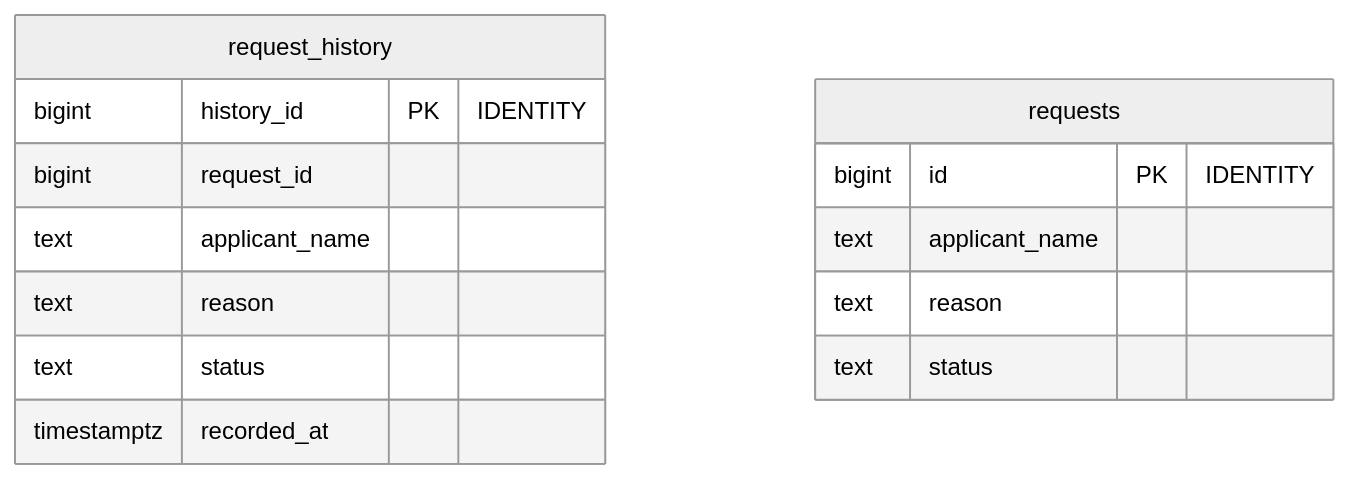
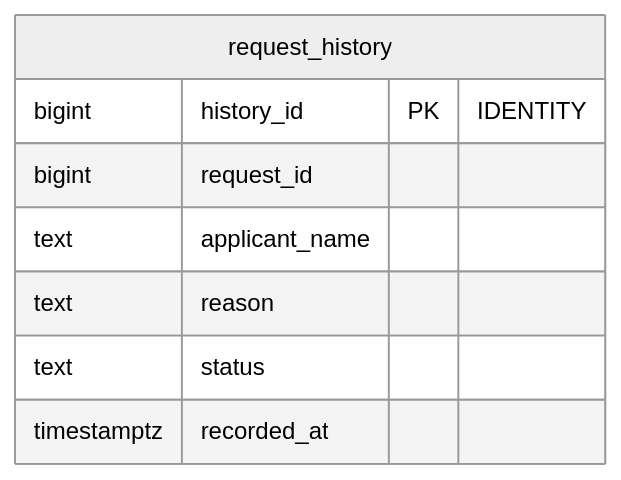
The second of 8 diagrams in ch15_apply_to_your_own/README.md (driftnode986/postgresql-db-design-samples), drawn with Mermaid (neutral theme) before and after one commit. The commit also changed other lines of this file and 15 other files, not shown here.

First line of the commit message:
docs: 設計案の構成図を縦並びにし、幅の広い ER 図を分けて、GitHub で縮まない大きさにする

````diff
--- a/ch15_apply_to_your_own/README.md
+++ b/ch15_apply_to_your_own/README.md
@@ -27,17 +29,11 @@
 ```mermaid
 erDiagram
   request_history {
     bigint history_id PK "IDENTITY"
     bigint request_id
     text applicant_name
     text reason
     text status
     timestamptz recorded_at
   }
-  requests {
-    bigint id PK "IDENTITY"
-    text applicant_name
-    text reason
-    text status
-  }
 ```
````
